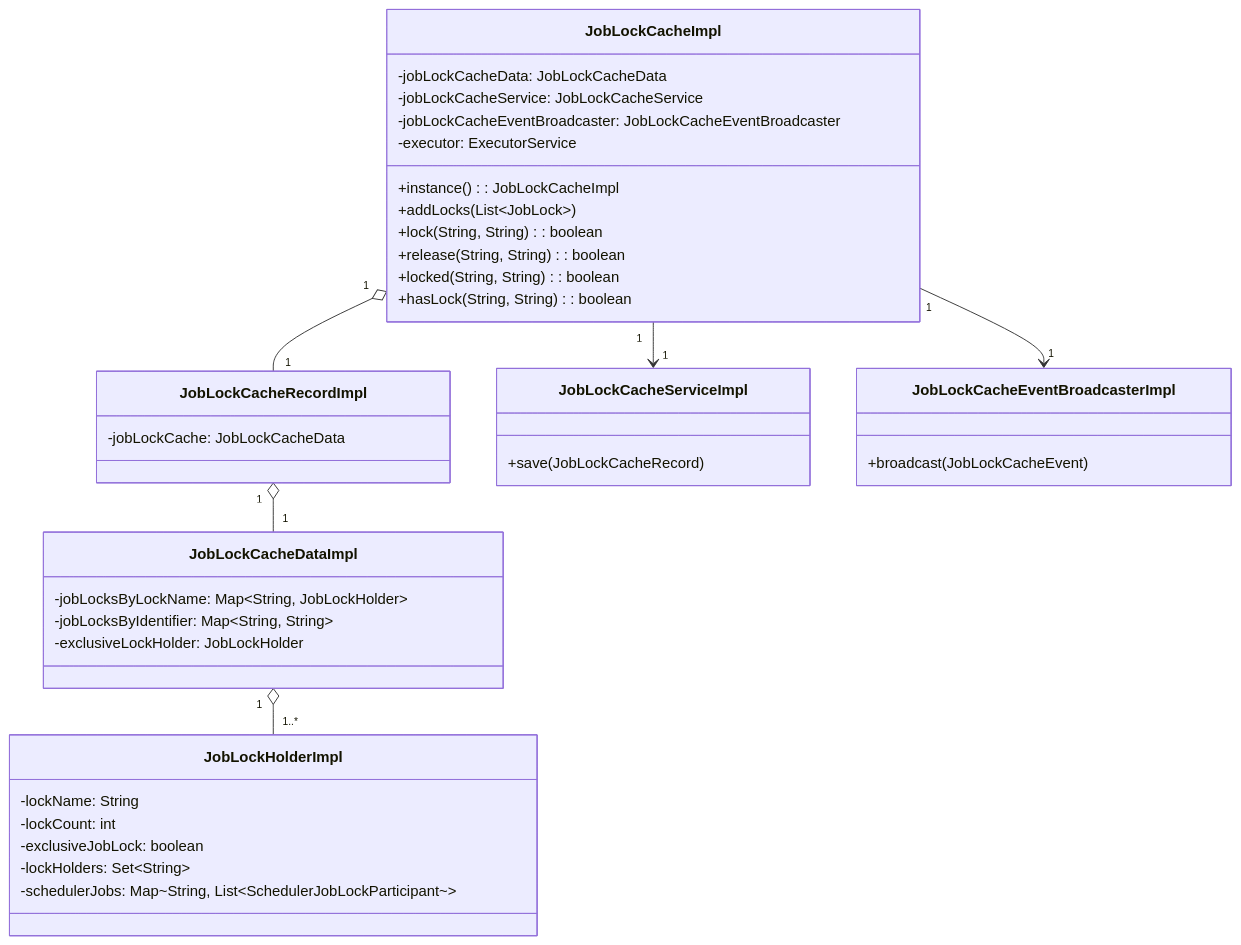
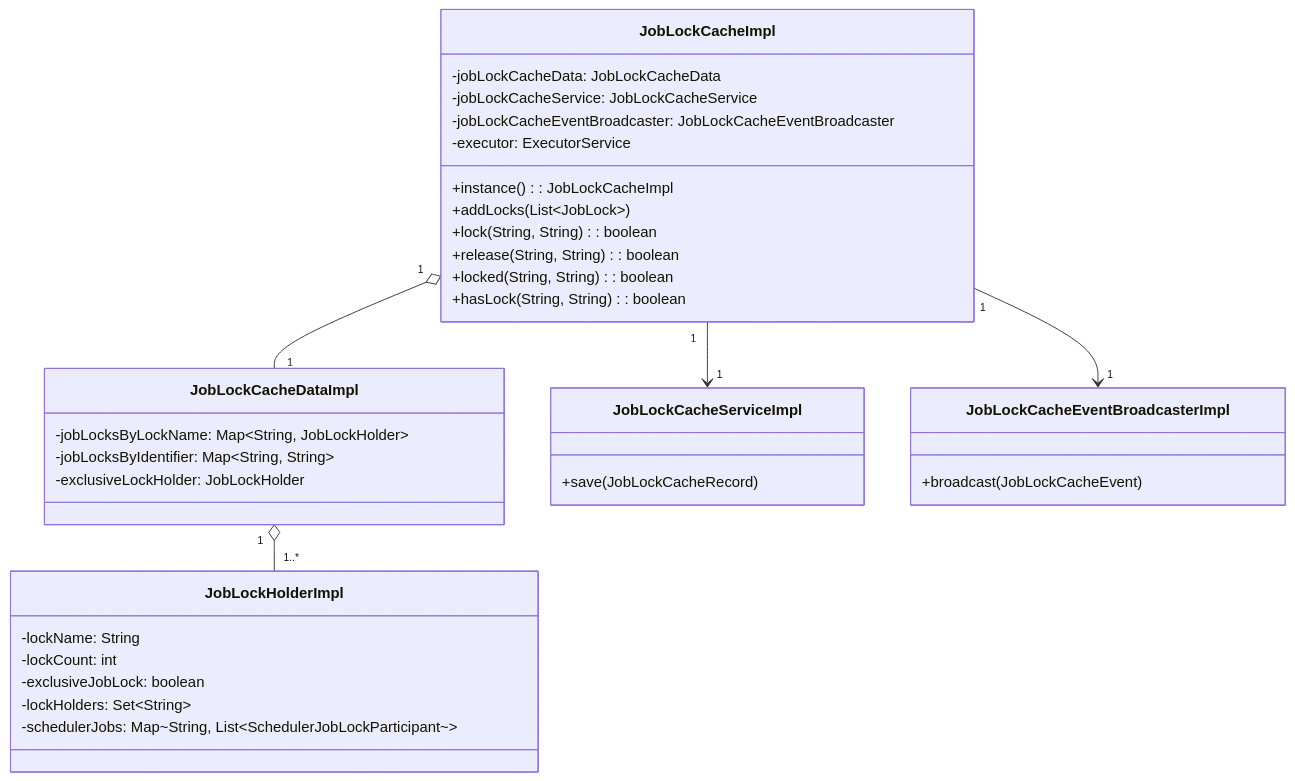
Before and after one commit to ikasanEIP/ikasan: the diagram in ikasaneip/visualisation/ikasan-scheduler/dashboard/job-lock-cache/README.md, drawn with Mermaid.

Commit message:
IKASAN-2617 removing job lock data record as not necessary

````diff
--- a/ikasaneip/visualisation/ikasan-scheduler/dashboard/job-lock-cache/README.md
+++ b/ikasaneip/visualisation/ikasan-scheduler/dashboard/job-lock-cache/README.md
@@ -9,47 +9,42 @@
 ```mermaid
 classDiagram
     class JobLockCacheImpl {
         -jobLockCacheData: JobLockCacheData
         -jobLockCacheService: JobLockCacheService
         -jobLockCacheEventBroadcaster: JobLockCacheEventBroadcaster
         -executor: ExecutorService
         +instance(): JobLockCacheImpl
         +addLocks(List~JobLock~)
         +lock(String, String): boolean
         +release(String, String): boolean
         +locked(String, String): boolean
         +hasLock(String, String): boolean
     }
 
     class JobLockCacheDataImpl {
         -jobLocksByLockName: Map~String, JobLockHolder~
         -jobLocksByIdentifier: Map~String, String~
         -exclusiveLockHolder: JobLockHolder
     }
 
     class JobLockHolderImpl {
         -lockName: String
         -lockCount: int
         -exclusiveJobLock: boolean
         -lockHolders: Set~String~
         -schedulerJobs: Map~String, List~SchedulerJobLockParticipant~~
     }
-    
-    class JobLockCacheRecordImpl {
-        -jobLockCache: JobLockCacheData
-    }
    
     class JobLockCacheServiceImpl {
         +save(JobLockCacheRecord)
     }
     
     class JobLockCacheEventBroadcasterImpl {
         +broadcast(JobLockCacheEvent)
     }
 
     JobLockCacheImpl "1" --> "1" JobLockCacheServiceImpl
     JobLockCacheImpl "1" --> "1" JobLockCacheEventBroadcasterImpl
-    JobLockCacheImpl "1" o-- "1" JobLockCacheRecordImpl
-    JobLockCacheRecordImpl "1"  o-- "1" JobLockCacheDataImpl
+    JobLockCacheImpl "1" o-- "1" JobLockCacheDataImpl
     JobLockCacheDataImpl "1" o-- "1..*" JobLockHolderImpl
 ```
````
